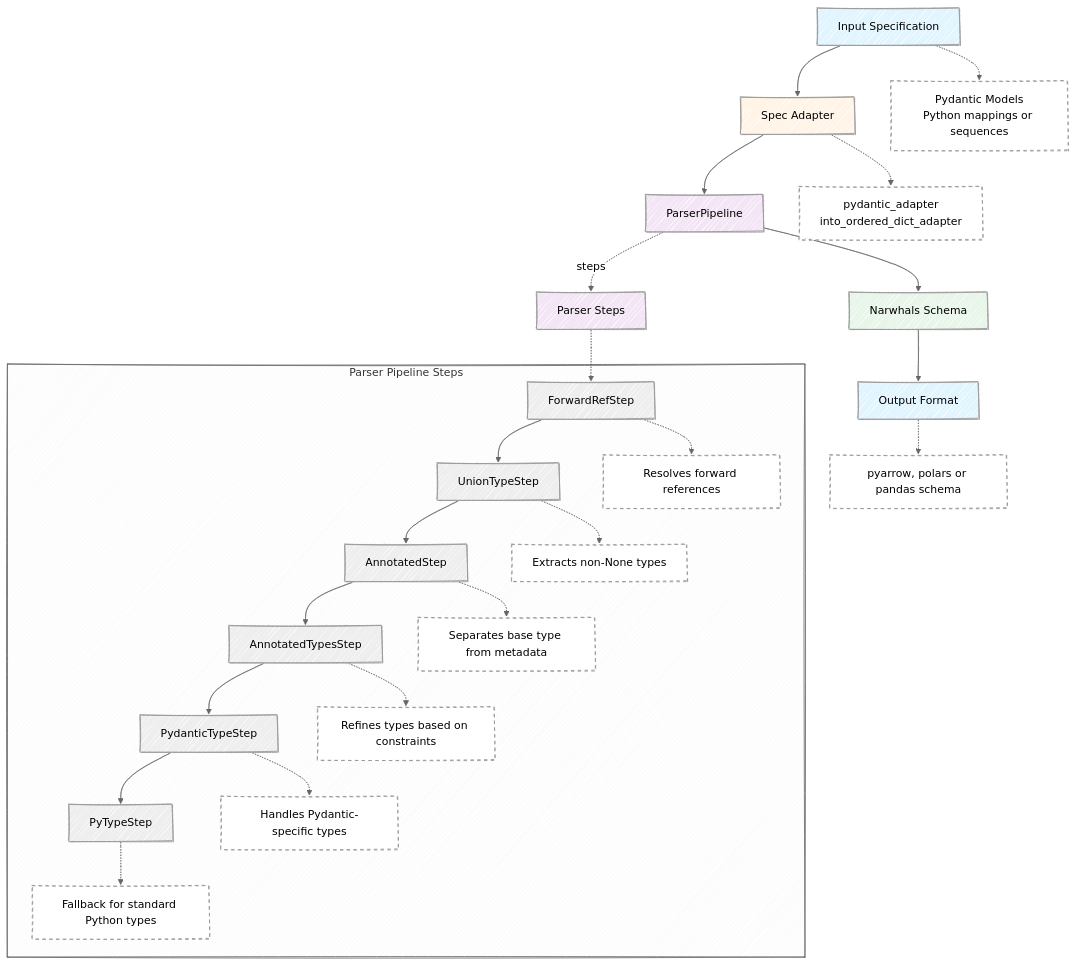
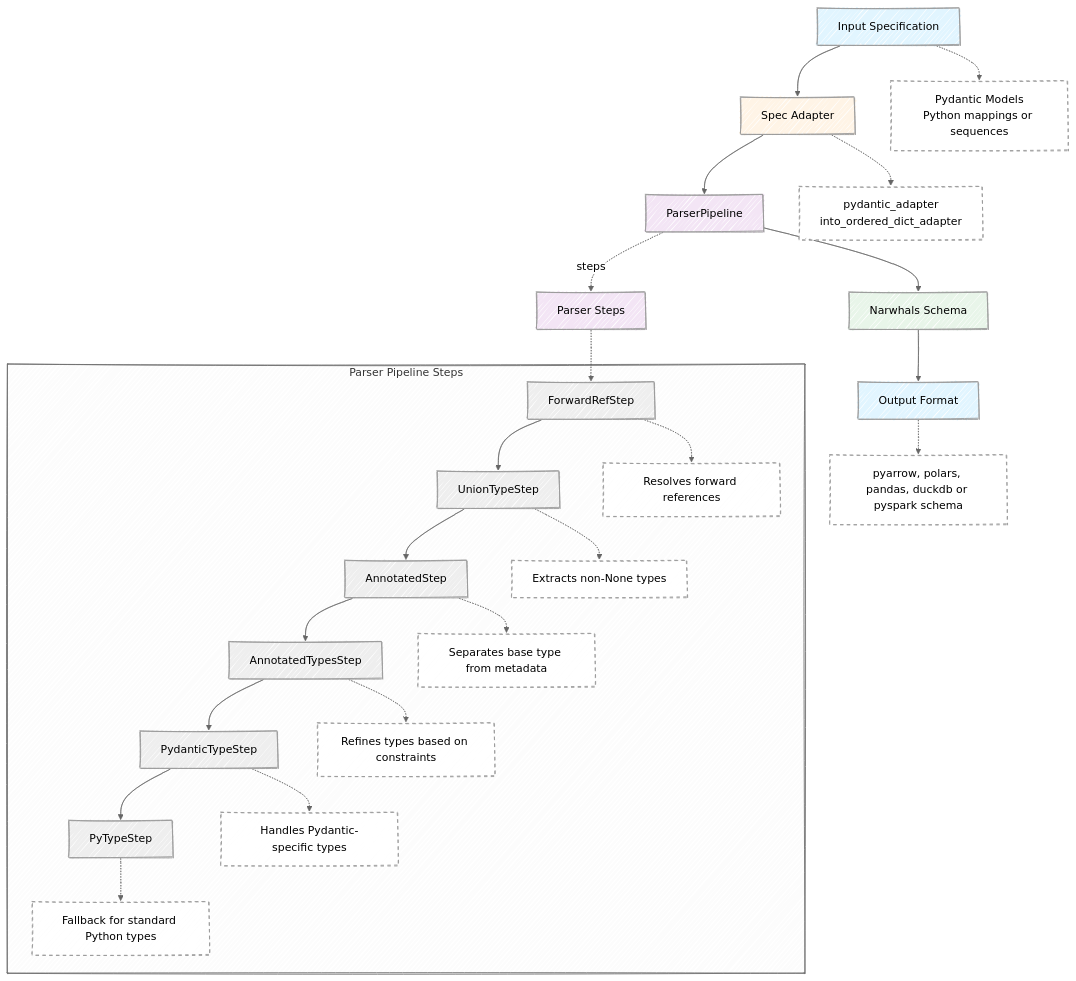
Before and after one commit to FBruzzesi/anyschema: the diagram in docs/architecture.md, drawn with Mermaid. The commit also changed 5 other files, not shown here.

Commit message:
feat: add `AnySchema.to_duckdb` output format (#134)

````diff
--- a/docs/architecture.md
+++ b/docs/architecture.md
@@ -44,62 +44,62 @@
 ```mermaid
 ---
 config:
   look: handDrawn
   theme: neutral
 ---
 flowchart TD
     A[Input Specification] --> B[Spec Adapter]
     B --> C[ParserPipeline]
     C --> D[Narwhals Schema]
     D --> E[Output Format]
 
     NA["Pydantic Models<br/>Python mappings or sequences"]
     NB["pydantic_adapter<br/>into_ordered_dict_adapter"]
-    NE["pyarrow, polars or pandas schema"]
+    NE["pyarrow, polars, pandas, duckdb or pyspark schema"]
 
     A -.-> NA
     B -.-> NB
     E -.-> NE
 
     C -.->|steps| P[Parser Steps]
 
     subgraph Pipeline["Parser Pipeline Steps"]
         P1[ForwardRefStep] --> P2[UnionTypeStep]
         P2 --> P3[AnnotatedStep]
         P3 --> P4[AnnotatedTypesStep]
         P4 --> P5[PydanticTypeStep]
         P5 --> P6[PyTypeStep]
 
         N1["Resolves forward references"]
         N2["Extracts non-None types"]
         N3["Separates base type from metadata"]
         N4["Refines types based on constraints"]
         N5["Handles Pydantic-specific types"]
         N6["Fallback for standard Python types"]
 
         P1 -.-> N1
         P2 -.-> N2
         P3 -.-> N3
         P4 -.-> N4
         P5 -.-> N5
         P6 -.-> N6
     end
 
     P -.-> P1
 
     style A fill:#e1f5ff
     style B fill:#fff4e6
     style C fill:#f3e5f5
     style D fill:#e8f5e9
     style E fill:#e1f5ff
     style NA fill:#fff,stroke:#999,stroke-dasharray: 5 5
     style NB fill:#fff,stroke:#999,stroke-dasharray: 5 5
     style NE fill:#fff,stroke:#999,stroke-dasharray: 5 5
     style N1 fill:#fff,stroke:#999,stroke-dasharray: 5 5
     style N2 fill:#fff,stroke:#999,stroke-dasharray: 5 5
     style N3 fill:#fff,stroke:#999,stroke-dasharray: 5 5
     style N4 fill:#fff,stroke:#999,stroke-dasharray: 5 5
     style N5 fill:#fff,stroke:#999,stroke-dasharray: 5 5
     style N6 fill:#fff,stroke:#999,stroke-dasharray: 5 5
     style P fill:#f3e5f5
 ```
````
